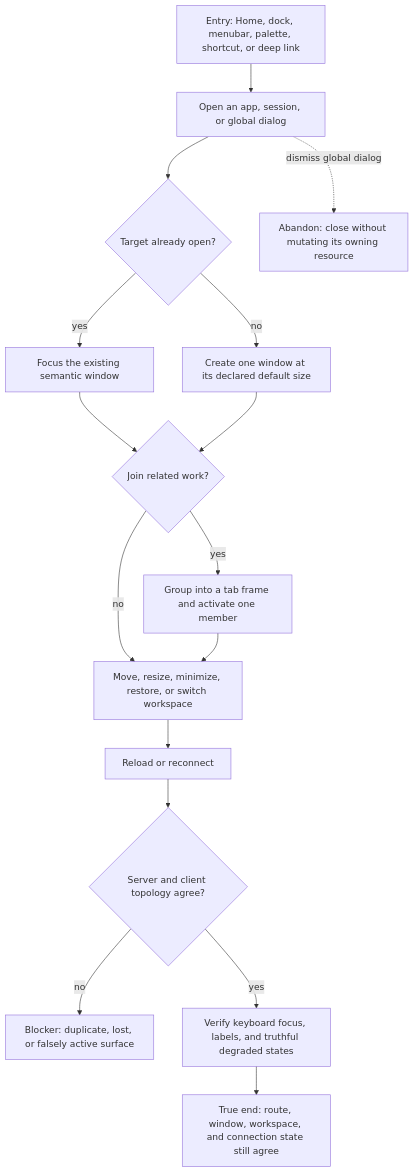
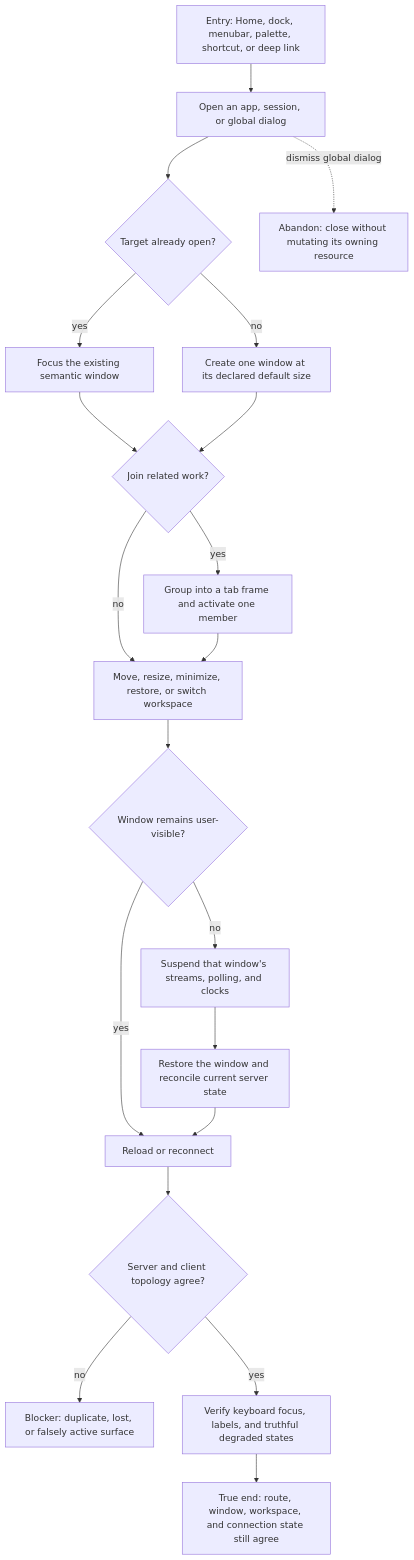
One commit to compozy/compozy changed the diagram in docs/qa/journeys/J-operate-desktop-shell.md. Above: the diagram before and after it, drawn with Mermaid. The commit also changed other lines of this file and 15 other files, not shown here.

````diff
--- a/docs/qa/journeys/J-operate-desktop-shell.md
+++ b/docs/qa/journeys/J-operate-desktop-shell.md
@@ -7,18 +7,22 @@
 ```mermaid
 flowchart TD
     E[Entry: Home, dock, menubar, palette, shortcut, or deep link] --> O[Open an app, session, or global dialog]
     O --> T{Target already open?}
     T -->|yes| F[Focus the existing semantic window]
     T -->|no| N[Create one window at its declared default size]
     F --> G{Join related work?}
     N --> G
     G -->|yes| D[Group into a tab frame and activate one member]
     G -->|no| M[Move, resize, minimize, restore, or switch workspace]
     D --> M
-    M --> R[Reload or reconnect]
+    M --> VZ{Window remains user-visible?}
+    VZ -->|yes| R[Reload or reconnect]
+    VZ -->|no| S[Suspend that window's streams, polling, and clocks]
+    S --> RS[Restore the window and reconcile current server state]
+    RS --> R
     R --> C{Server and client topology agree?}
     C -->|no| B[Blocker: duplicate, lost, or falsely active surface]
     C -->|yes| V[Verify keyboard focus, labels, and truthful degraded states]
     V --> Z[True end: route, window, workspace, and connection state still agree]
     O -.->|dismiss global dialog| A[Abandon: close without mutating its owning resource]
 ```
````
